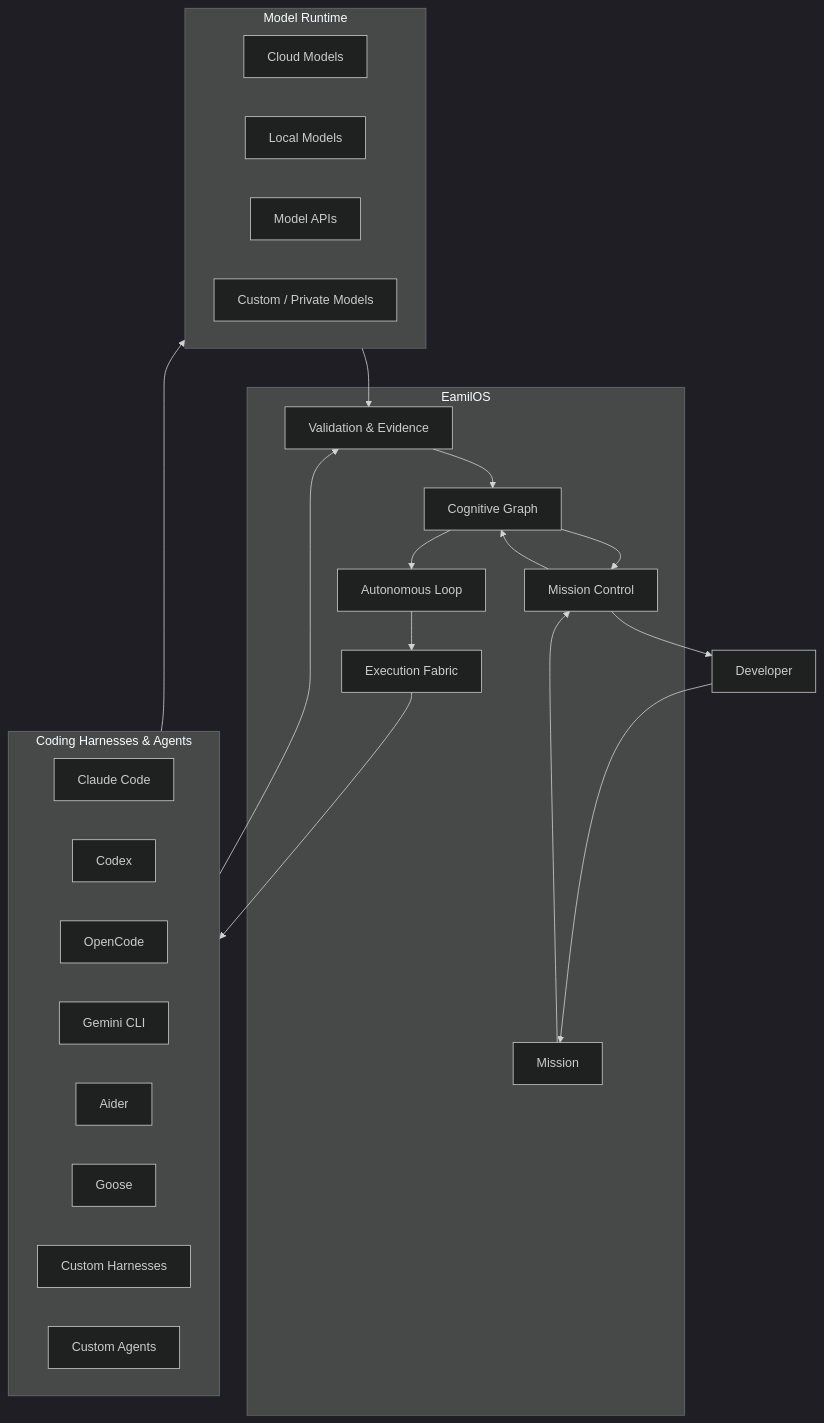
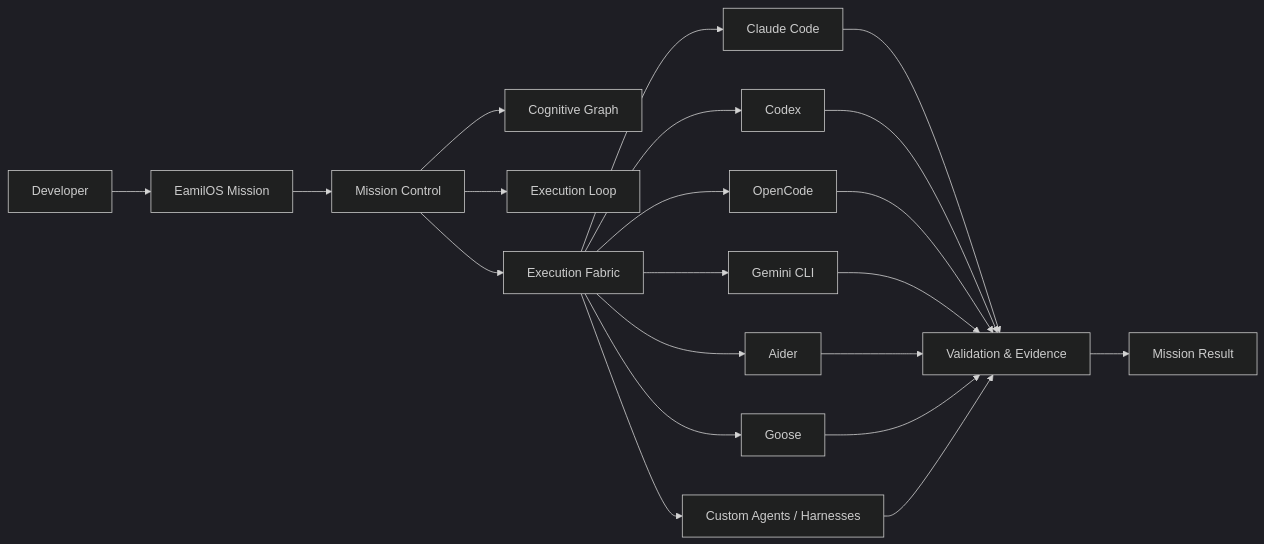
The first of 6 diagrams in README.md (RayAKaan/EamilOS), drawn with Mermaid (dark theme) before and after one commit. The commit also changed other lines of this file, not shown here.

Commit message:
docs: rebuild README around unified coding harness

````diff
--- a/README.md
+++ b/README.md
@@ -75,46 +19,27 @@
 ```mermaid
-flowchart TB
+flowchart LR
+    DEV["Developer"] --> M["EamilOS Mission"]
 
-    USER["Developer"]
+    M --> CONTROL["Mission Control"]
+    CONTROL --> GRAPH["Cognitive Graph"]
+    CONTROL --> LOOP["Execution Loop"]
+    CONTROL --> FABRIC["Execution Fabric"]
 
-    subgraph EAMILOS["EamilOS"]
-        MISSION["Mission"]
-        CONTROL["Mission Control"]
-        GRAPH["Cognitive Graph"]
-        LOOP["Autonomous Loop"]
-        FABRIC["Execution Fabric"]
-        VALIDATE["Validation & Evidence"]
-    end
+    FABRIC --> CLAUDE["Claude Code"]
+    FABRIC --> CODEX["Codex"]
+    FABRIC --> OPEN["OpenCode"]
+    FABRIC --> GEMINI["Gemini CLI"]
+    FABRIC --> AIDER["Aider"]
+    FABRIC --> GOOSE["Goose"]
+    FABRIC --> CUSTOM["Custom Agents / Harnesses"]
 
-    subgraph HARNESS["Coding Harnesses & Agents"]
-        CLAUDE["Claude Code"]
-        CODEX["Codex"]
-        OPENCODE["OpenCode"]
-        GEMINI["Gemini CLI"]
-        AIDER["Aider"]
-        GOOSE["Goose"]
-        CUSTOM["Custom Harnesses"]
-        AGENTS["Custom Agents"]
-    end
+    CLAUDE --> V["Validation & Evidence"]
+    CODEX --> V
+    OPEN --> V
+    GEMINI --> V
+    AIDER --> V
+    GOOSE --> V
+    CUSTOM --> V
 
-    subgraph MODELS["Model Runtime"]
-        CLOUD["Cloud Models"]
-        LOCAL["Local Models"]
-        API["Model APIs"]
-        CUSTOMMODEL["Custom / Private Models"]
-    end
-
-    USER --> MISSION
-    MISSION --> CONTROL
-    CONTROL --> GRAPH
-    GRAPH --> LOOP
-    LOOP --> FABRIC
-    FABRIC --> HARNESS
-    HARNESS --> MODELS
-
-    HARNESS --> VALIDATE
-    MODELS --> VALIDATE
-    VALIDATE --> GRAPH
-    GRAPH --> CONTROL
-    CONTROL --> USER
+    V --> RESULT["Mission Result"]
 ```
````
